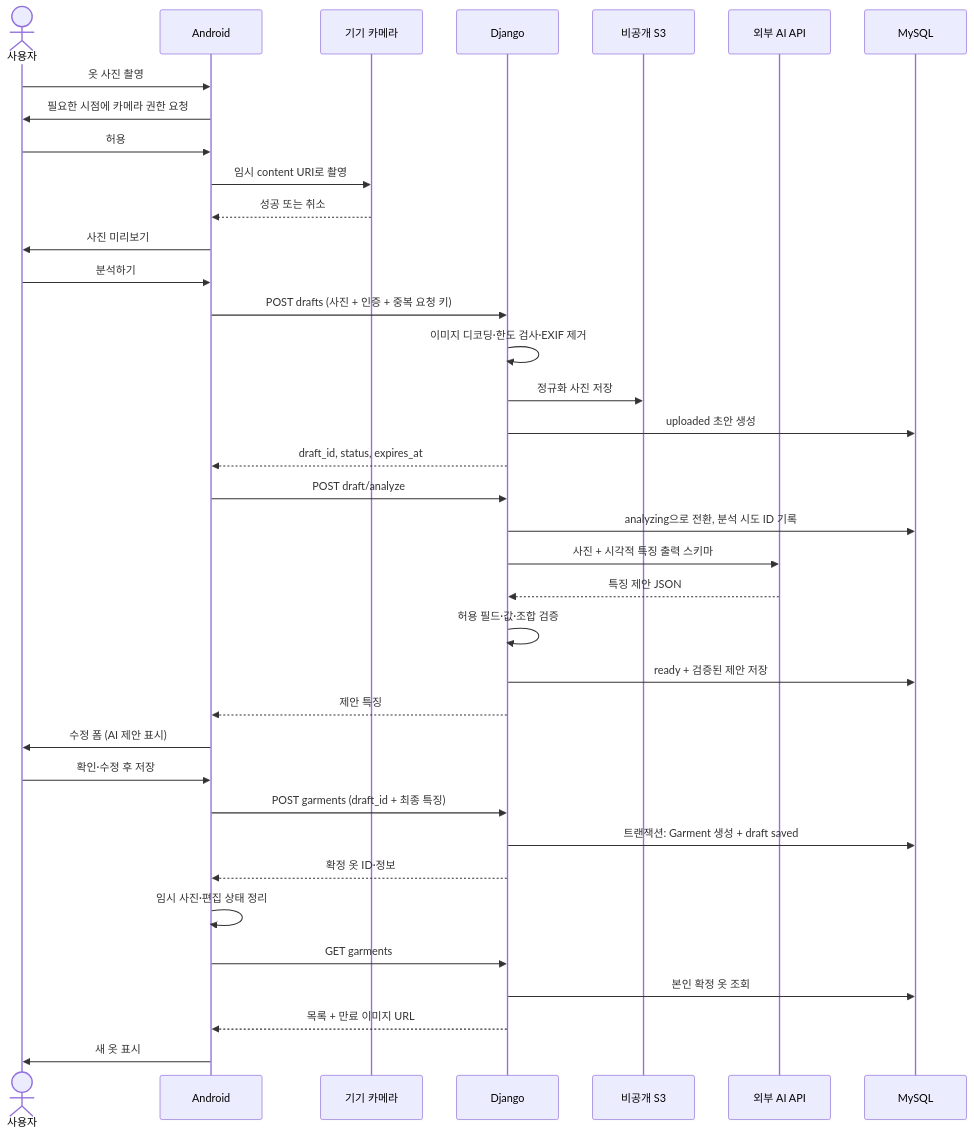
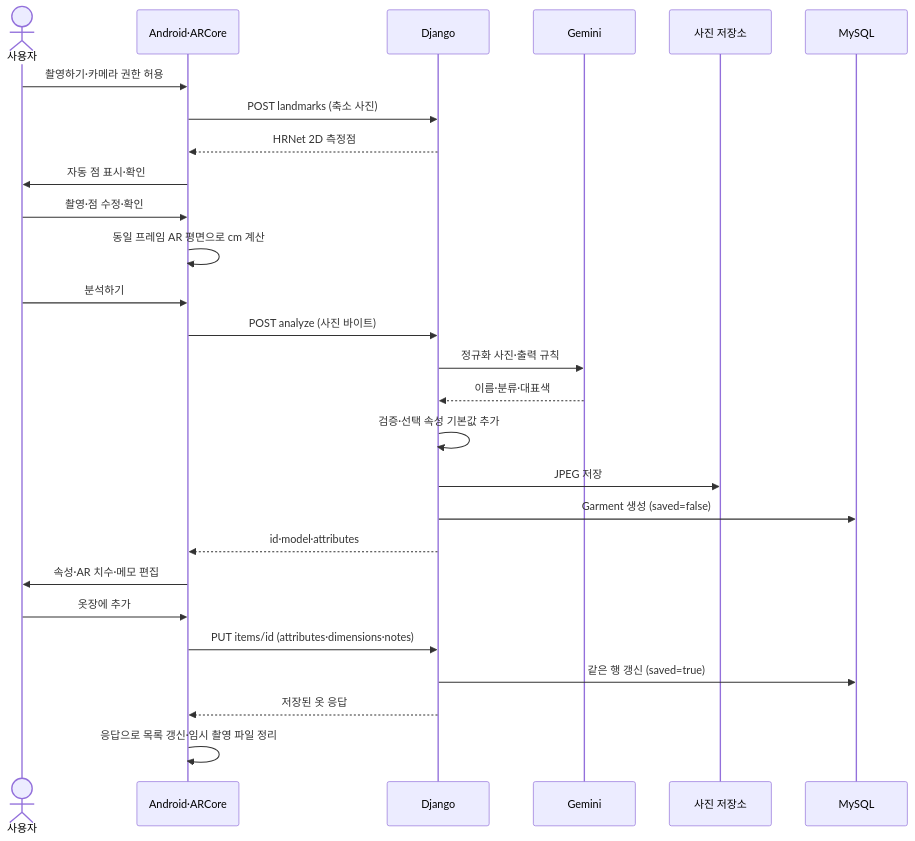
Before and after one commit to snuhcs-course/swpp-2026-project-team-14: the diagram in docs/wardrobe/wardrobe-flow.md, drawn with Mermaid. The commit also changed other lines of this file and 19 other files, not shown here.

Commit message:
refactor(wardrobe): simplify schema, validation and documentation

````diff
--- a/docs/wardrobe/wardrobe-flow.md
+++ b/docs/wardrobe/wardrobe-flow.md
@@ -44,39 +19,29 @@
 ```mermaid
 sequenceDiagram
     actor User as 사용자
-    participant App as Android
-    participant Camera as 기기 카메라
+    participant App as Android·ARCore
     participant BE as Django
-    participant S3 as 비공개 S3
-    participant AI as 외부 AI API
+    participant AI as Gemini
+    participant Files as 사진 저장소
     participant DB as MySQL
-    User->>App: 옷 사진 촬영
-    App->>User: 필요한 시점에 카메라 권한 요청
-    User->>App: 허용
-    App->>Camera: 임시 content URI로 촬영
-    Camera-->>App: 성공 또는 취소
-    App->>User: 사진 미리보기
+    User->>App: 촬영하기·카메라 권한 허용
+    App->>BE: POST landmarks (축소 사진)
+    BE-->>App: HRNet 2D 측정점
+    App->>User: 자동 점 표시·확인
+    User->>App: 촬영·점 수정·확인
+    App->>App: 동일 프레임 AR 평면으로 cm 계산
     User->>App: 분석하기
-    App->>BE: POST drafts (사진 + 인증 + 중복 요청 키)
-    BE->>BE: 이미지 디코딩·한도 검사·EXIF 제거
-    BE->>S3: 정규화 사진 저장
-    BE->>DB: uploaded 초안 생성
-    BE-->>App: draft_id, status, expires_at
-    App->>BE: POST draft/analyze
-    BE->>DB: analyzing으로 전환, 분석 시도 ID 기록
-    BE->>AI: 사진 + 시각적 특징 출력 스키마
-    AI-->>BE: 특징 제안 JSON
-    BE->>BE: 허용 필드·값·조합 검증
-    BE->>DB: ready + 검증된 제안 저장
-    BE-->>App: 제안 특징
-    App->>User: 수정 폼 (AI 제안 표시)
-    User->>App: 확인·수정 후 저장
-    App->>BE: POST garments (draft_id + 최종 특징)
-    BE->>DB: 트랜잭션: Garment 생성 + draft saved
-    BE-->>App: 확정 옷 ID·정보
-    App->>App: 임시 사진·편집 상태 정리
-    App->>BE: GET garments
-    BE->>DB: 본인 확정 옷 조회
-    BE-->>App: 목록 + 만료 이미지 URL
-    App->>User: 새 옷 표시
+    App->>BE: POST analyze (사진 바이트)
+    BE->>AI: 정규화 사진·출력 규칙
+    AI-->>BE: 이름·분류·대표색
+    BE->>BE: 검증·선택 속성 기본값 추가
+    BE->>Files: JPEG 저장
+    BE->>DB: Garment 생성 (saved=false)
+    BE-->>App: id·model·attributes
+    App->>User: 속성·AR 치수·메모 편집
+    User->>App: 옷장에 추가
+    App->>BE: PUT items/id (attributes·dimensions·notes)
+    BE->>DB: 같은 행 갱신 (saved=true)
+    BE-->>App: 저장된 옷 응답
+    App->>App: 응답으로 목록 갱신·임시 촬영 파일 정리
 ```
````
